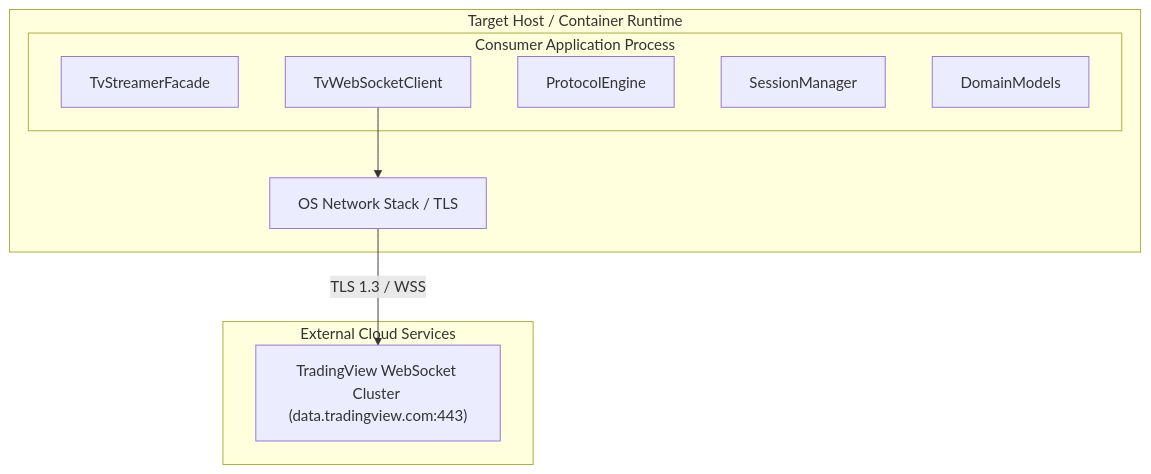
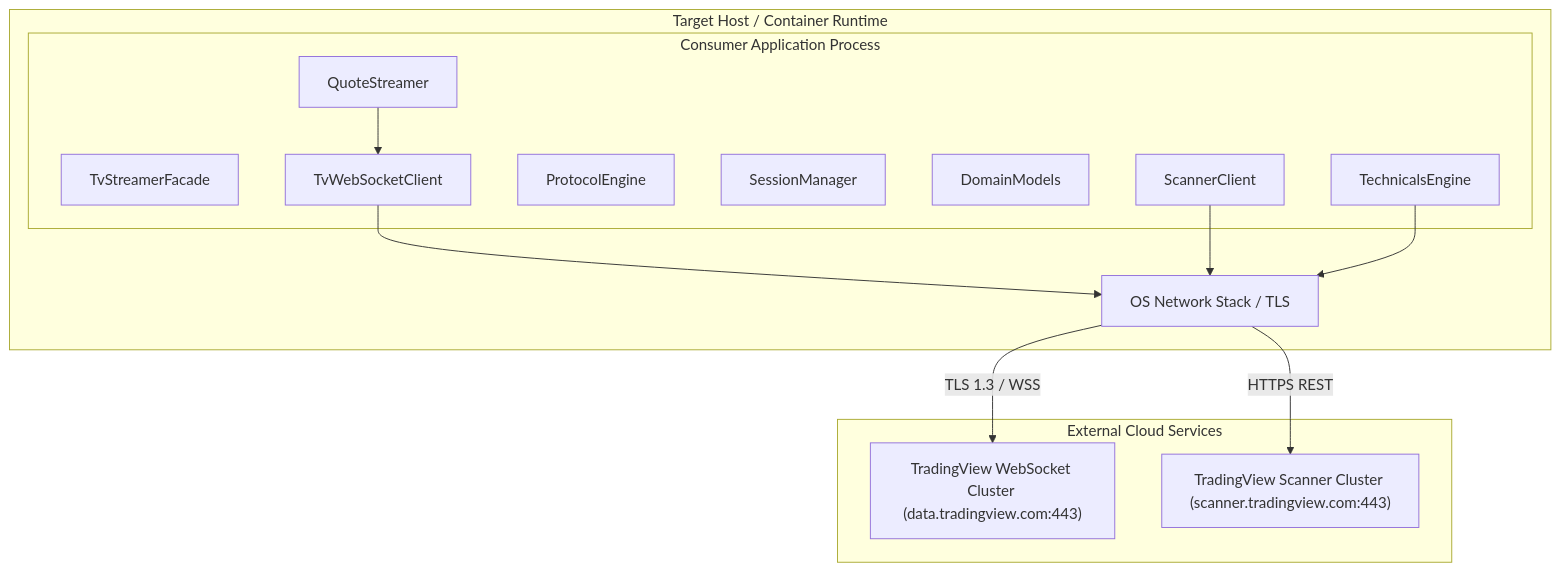
The diagram in docs/architecture/07_deployment_view.md (ihkaru/tradingview-streamer-rs), drawn with Mermaid before and after one commit. The commit also changed other lines of this file and 21 other files, not shown here.

Commit message:
feat(roadmap): add phases 008-016 and update arc42 for upstream scraper parity

````diff
--- a/docs/architecture/07_deployment_view.md
+++ b/docs/architecture/07_deployment_view.md
@@ -12,20 +12,28 @@
 ```mermaid
 graph TD
     subgraph Host["Target Host / Container Runtime"]
         subgraph Process["Consumer Application Process"]
             TvStreamerFacade["TvStreamerFacade"]
             TvWebSocketClient["TvWebSocketClient"]
             ProtocolEngine["ProtocolEngine"]
             SessionManager["SessionManager"]
             DomainModels["DomainModels"]
+            ScannerClient["ScannerClient"]
+            QuoteStreamer["QuoteStreamer"]
+            TechnicalsEngine["TechnicalsEngine"]
         end
         OSNetwork["OS Network Stack / TLS"]
     end
 
     subgraph Cloud["External Cloud Services"]
         TVEndpoint["TradingView WebSocket Cluster (data.tradingview.com:443)"]
+        TVScannerEndpoint["TradingView Scanner Cluster (scanner.tradingview.com:443)"]
     end
 
     TvWebSocketClient --> OSNetwork
+    ScannerClient --> OSNetwork
+    TechnicalsEngine --> OSNetwork
+    QuoteStreamer --> TvWebSocketClient
     OSNetwork -- "TLS 1.3 / WSS" --> TVEndpoint
+    OSNetwork -- "HTTPS REST" --> TVScannerEndpoint
 ```
````
